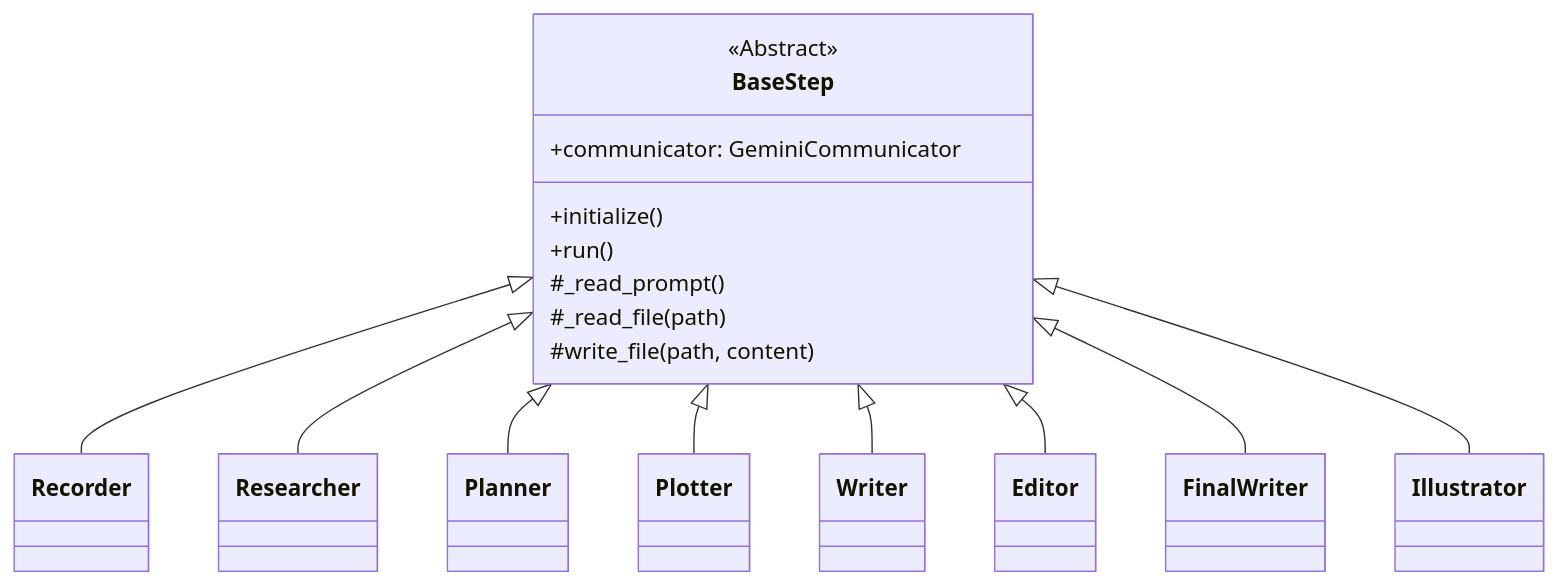
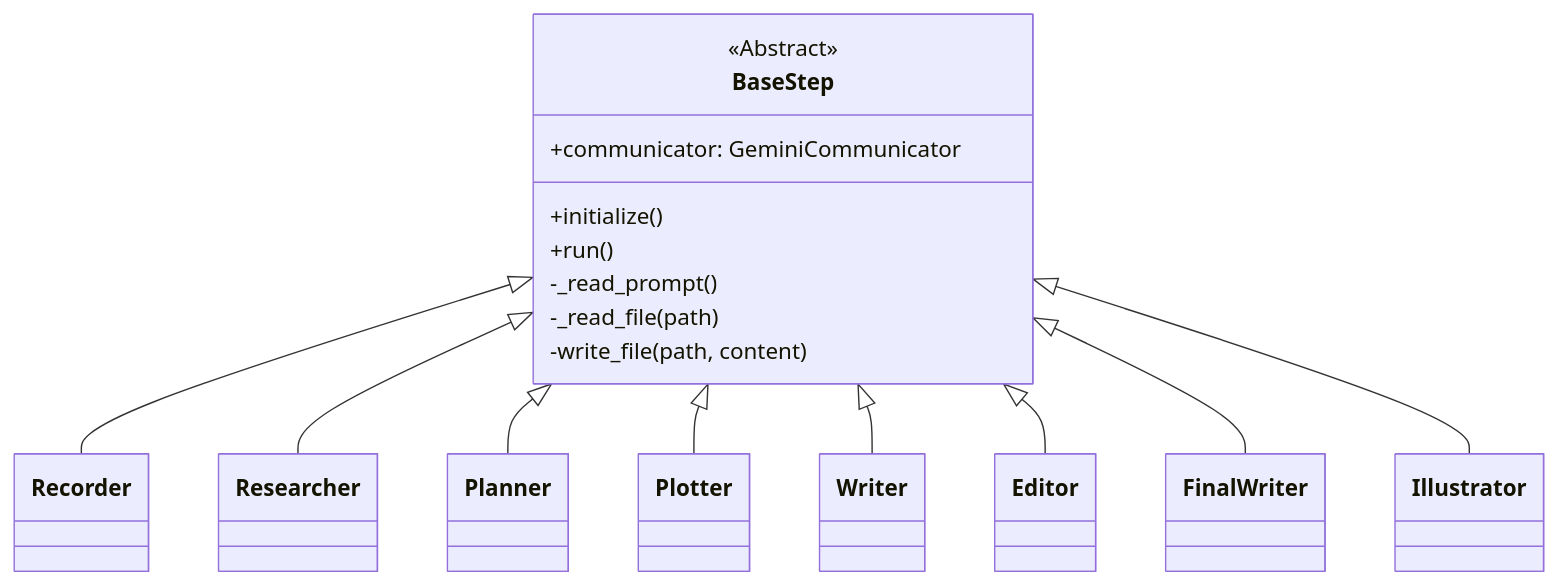
Before and after one commit to yomai-hiyashidewa/novel_workflow: the first of 3 diagrams in doc/technical_overview.md, drawn with Mermaid. The commit also changed other lines of this file and 1 other file, not shown here.

````diff
--- a/doc/technical_overview.md
+++ b/doc/technical_overview.md
@@ -39,21 +39,21 @@
 ```mermaid
 classDiagram
     class BaseStep {
         <<Abstract>>
         +communicator: GeminiCommunicator
         +initialize()
         +run()
-        #_read_prompt()
-        #_read_file(path)
-        #write_file(path, content)
+        -_read_prompt()
+        -_read_file(path)
+        -write_file(path, content)
     }
 
     BaseStep <|-- Recorder
     BaseStep <|-- Researcher
     BaseStep <|-- Planner
     BaseStep <|-- Plotter
     BaseStep <|-- Writer
     BaseStep <|-- Editor
     BaseStep <|-- FinalWriter
     BaseStep <|-- Illustrator
 ```
````
